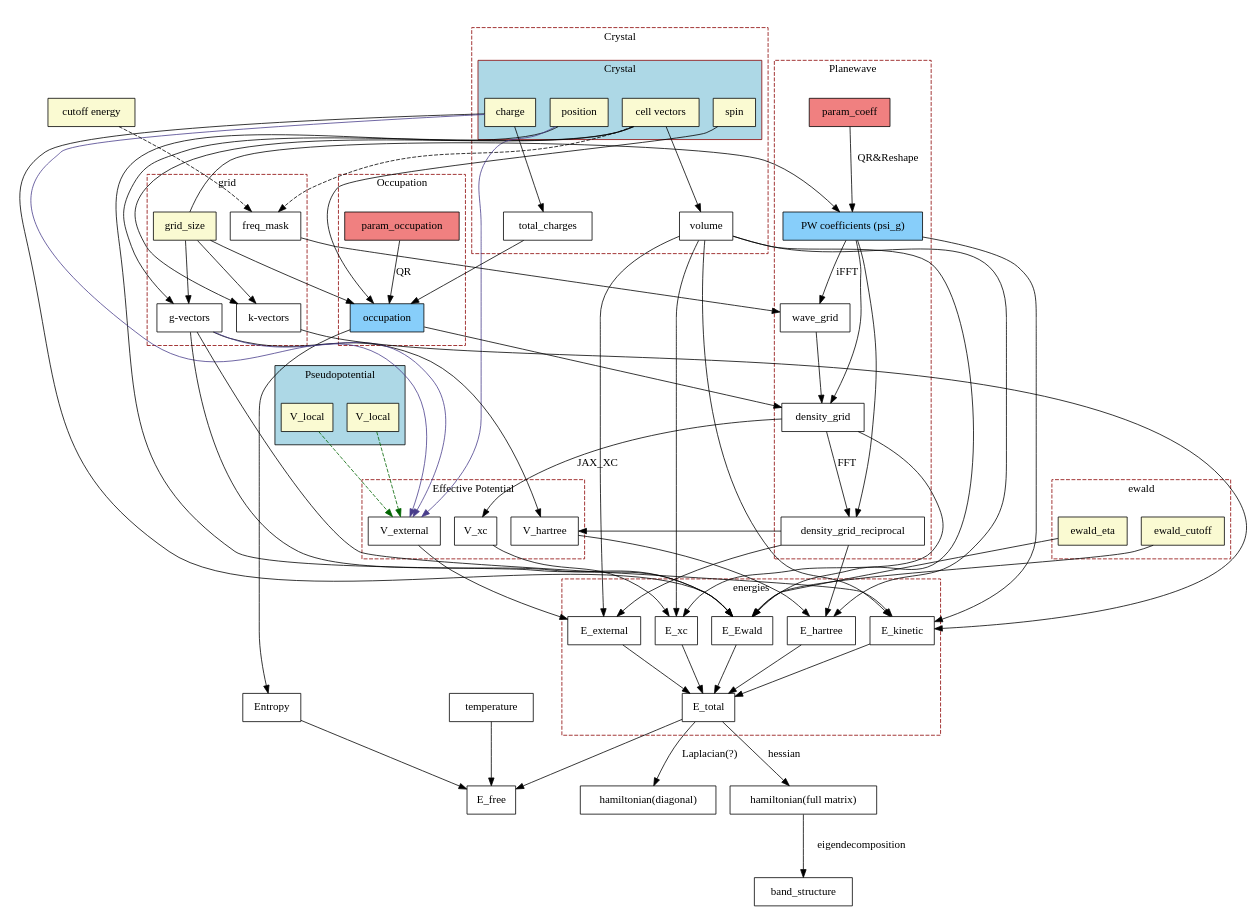
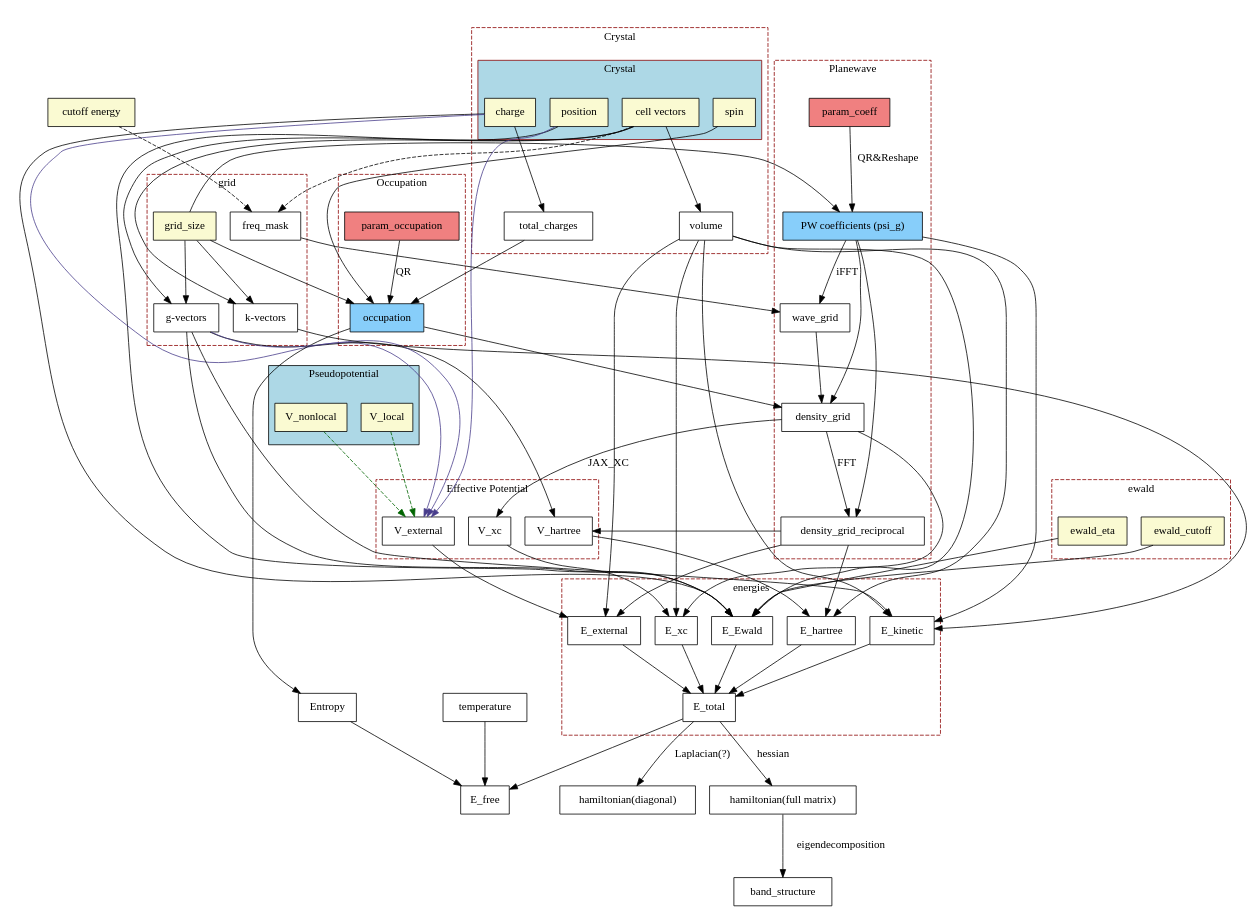
One commit to sail-sg/jrystal changed the diagram in docs/_static/graph.dot. Above: the diagram before and after it, drawn with Graphviz. The commit also changed 33 other files, not shown here.

```diff
--- a/docs/_static/graph.dot
+++ b/docs/_static/graph.dot
@@ -8,7 +8,7 @@
   cutoff [label="cutoff energy", style="filled", fillcolor=lightgoldenrodyellow]
   
   v_local [label="V_local", style="filled", fillcolor=lightgoldenrodyellow]
-  v_nonlocal [label="V_local", style="filled", fillcolor=lightgoldenrodyellow]
+  v_nonlocal [label="V_nonlocal", style="filled", fillcolor=lightgoldenrodyellow]
   
   coeff [label="PW coefficients (psi_g)", style="filled", fillcolor=lightskyblue]
   param_coeff [label="param_coeff", style="filled", fillcolor=lightcoral]
```
